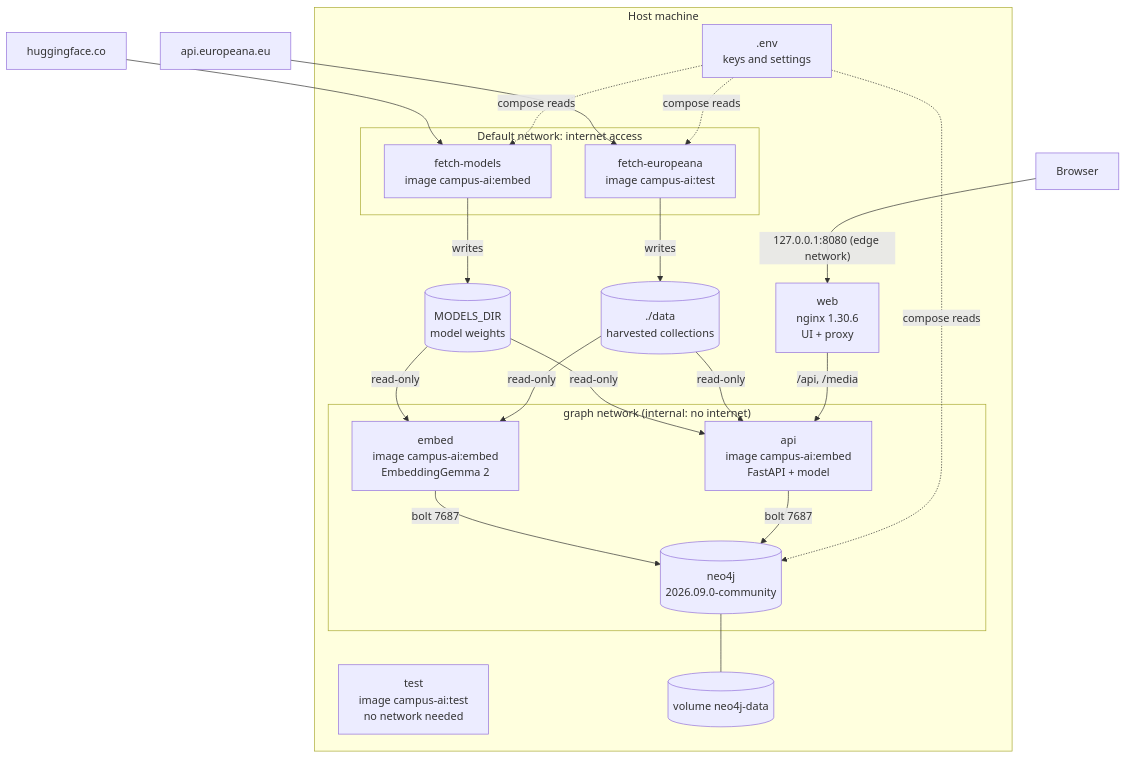
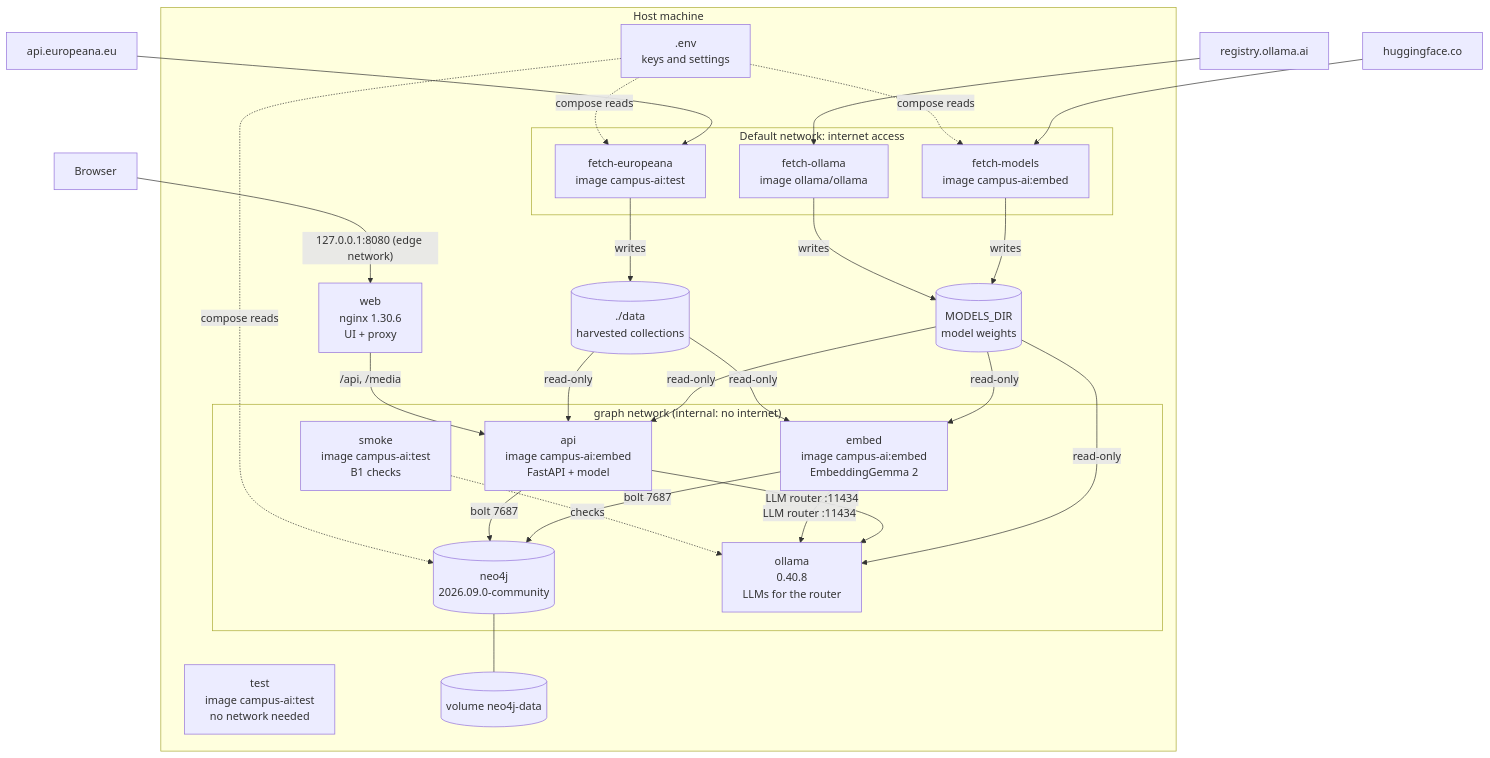
The second of 7 diagrams in docs/architecture.md (teamworxAI/campus-ai), drawn with Mermaid before and after one commit. The commit also changed other lines of this file and 5 other files, not shown here.

First line of the commit message:
Document Ollama in compose and the smoke test

````diff
--- a/docs/architecture.md
+++ b/docs/architecture.md
@@ -92,38 +94,48 @@
 ```mermaid
 flowchart TB
     HF[huggingface.co]
+    OR[registry.ollama.ai]
     API[api.europeana.eu]
     subgraph host[Host machine]
         MD[(MODELS_DIR<br/>model weights)]
         DD[(./data<br/>harvested collections)]
         ENV[.env<br/>keys and settings]
         subgraph internet_ok[Default network: internet access]
             FM[fetch-models<br/>image campus-ai:embed]
+            FO[fetch-ollama<br/>image ollama/ollama]
             FE[fetch-europeana<br/>image campus-ai:test]
         end
         subgraph graphnet["graph network (internal: no internet)"]
             EMB[embed<br/>image campus-ai:embed<br/>EmbeddingGemma 2]
             APIS[api<br/>image campus-ai:embed<br/>FastAPI + model]
             NEO[(neo4j<br/>2026.09.0-community)]
+            OLL[ollama<br/>0.40.8<br/>LLMs for the router]
+            SMK[smoke<br/>image campus-ai:test<br/>B1 checks]
         end
         WEB[web<br/>nginx 1.30.6<br/>UI + proxy]
         TEST[test<br/>image campus-ai:test<br/>no network needed]
         VOL[(volume neo4j-data)]
     end
     HF --> FM
     API --> FE
     FM -- writes --> MD
+    OR --> FO
+    FO -- writes --> MD
+    MD -- read-only --> OLL
+    APIS -- "LLM router :11434" --> OLL
+    EMB -- "LLM router :11434" --> OLL
+    SMK -. checks .-> OLL
     FE -- writes --> DD
     MD -- read-only --> EMB
     DD -- read-only --> EMB
     EMB -- bolt 7687 --> NEO
     APIS -- bolt 7687 --> NEO
     MD -- read-only --> APIS
     DD -- read-only --> APIS
     WEB -- "/api, /media" --> APIS
     NEO --- VOL
     ENV -. compose reads .-> FE
     ENV -. compose reads .-> FM
     ENV -. compose reads .-> NEO
     BR[Browser] -- "127.0.0.1:8080 (edge network)" --> WEB
 ```
````
